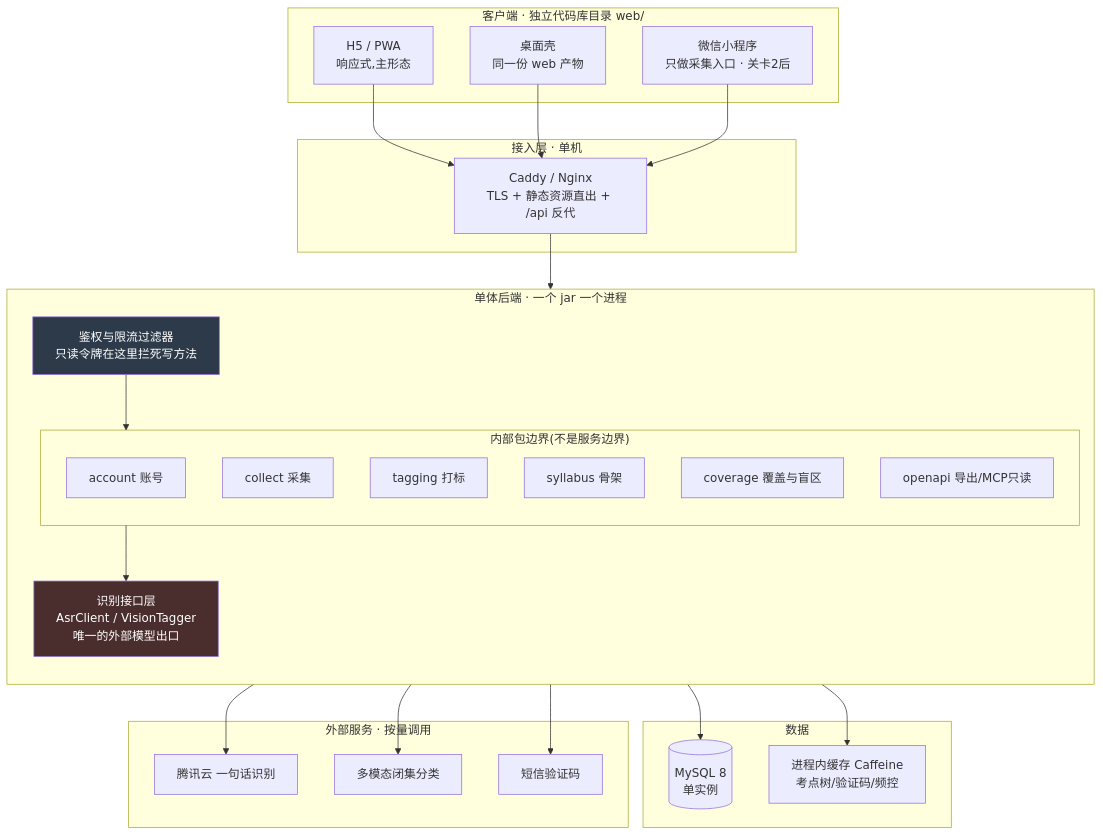
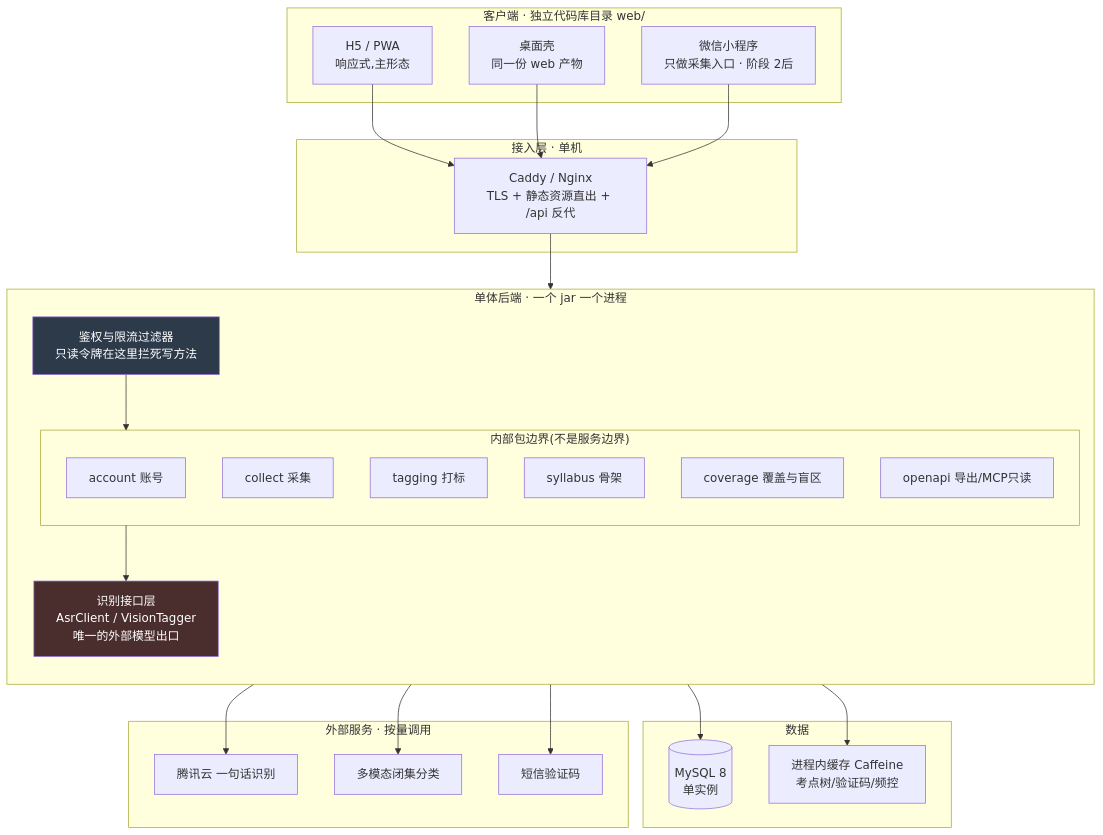
The first of 6 diagrams in docs/technical/INDEX.md (chenyuanjin/kubic), drawn with Mermaid before and after one commit. The commit also changed other lines of this file and 249 other files, not shown here.

````diff
--- a/docs/technical/INDEX.md
+++ b/docs/technical/INDEX.md
@@ -125,51 +125,51 @@
 ```mermaid
 flowchart TB
     subgraph CLI["客户端 · 独立代码库目录 web/"]
         C1["H5 / PWA<br/>响应式,主形态"]
         C2["桌面壳<br/>同一份 web 产物"]
-        C3["微信小程序<br/>只做采集入口 · 关卡2后"]
+        C3["微信小程序<br/>只做采集入口 · 阶段 2后"]
     end
 
     subgraph EDGE["接入层 · 单机"]
         P["Caddy / Nginx<br/>TLS + 静态资源直出 + /api 反代"]
     end
 
     subgraph APP["单体后端 · 一个 jar 一个进程"]
         direction TB
         G["鉴权与限流过滤器<br/>只读令牌在这里拦死写方法"]
         subgraph PKG["内部包边界(不是服务边界)"]
             M1["account 账号"]
             M2["collect 采集"]
             M3["tagging 打标"]
             M4["syllabus 骨架"]
             M5["coverage 覆盖与盲区"]
             M6["openapi 导出/MCP只读"]
         end
         A["识别接口层<br/>AsrClient / VisionTagger<br/>唯一的外部模型出口"]
     end
 
     subgraph DATA["数据"]
         D1[("MySQL 8<br/>单实例")]
         D2["进程内缓存 Caffeine<br/>考点树/验证码/频控"]
     end
 
     subgraph EXT["外部服务 · 按量调用"]
         E1["腾讯云 一句话识别"]
         E2["多模态闭集分类"]
         E3["短信验证码"]
     end
 
     C1 --> P
     C2 --> P
     C3 --> P
     P --> G --> PKG
     PKG --> A
     PKG --> D1
     PKG --> D2
     A --> E1
     A --> E2
     M1 --> E3
 
     style A fill:#4a2d2d,color:#fff
     style G fill:#2d3a4a,color:#fff
 ```
````
